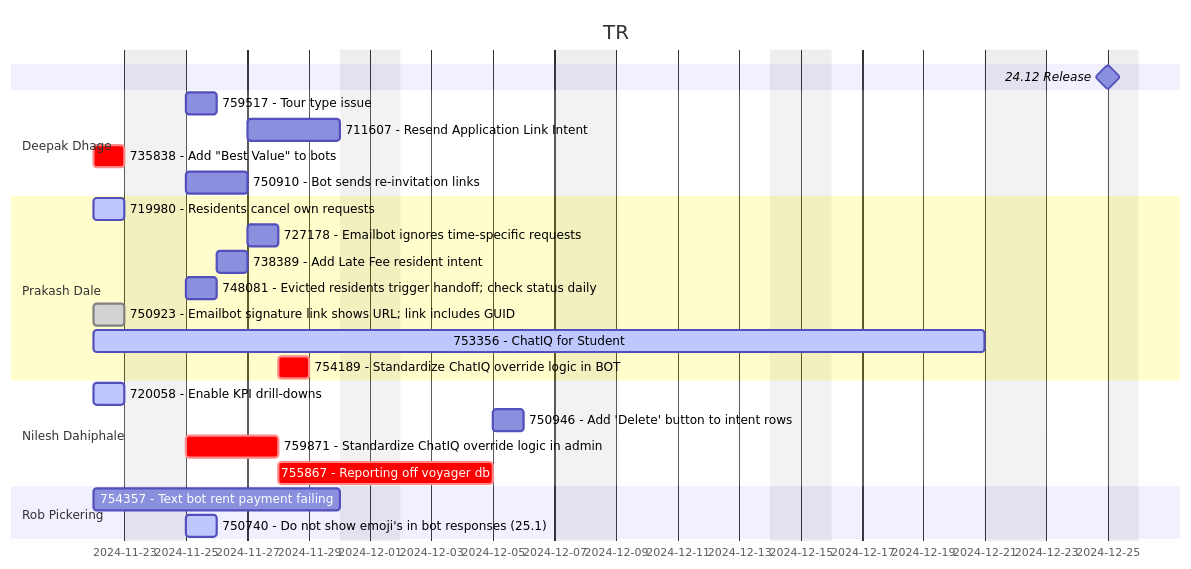
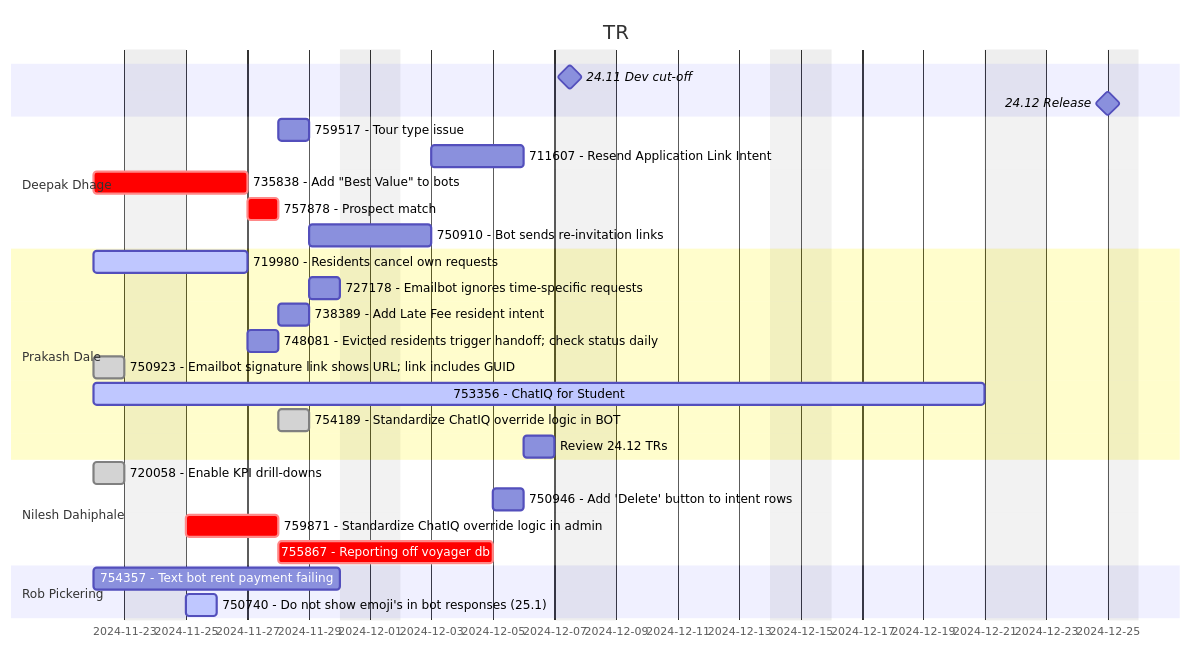
One commit to prakash-dale/prakash-dale.github.io changed the first of 4 diagrams in README.md. Above: the diagram before and after it, drawn with Mermaid. The commit also changed other lines of this file and 6 other files, not shown here.

````diff
--- a/README.md
+++ b/README.md
@@ -5,29 +5,32 @@
 ```mermaid
 gantt
     title TR
     dateFormat MMM-DD
     tickInterval 1d
     excludes weekends, 2024-12-25
-    24.12 Release: milestone, 24.12 Release, Dec-24, 1d
+    24.11 Dev cut-off: milestone, 24.11 Dev cut-off, Dec-06, 1d
+    24.12 Release: milestone, 24.12 Release, Dec-24, 1d    
     section Deepak Dhage
-        759517 - Tour type issue                                            : 759517, Nov-25, 1d       
+        759517 - Tour type issue                                            : 759517, after 757878, 1d       
         711607 - Resend Application Link Intent                             : 711607, after 750910, 3d
-        735838 - Add "Best Value" to bots                                   : crit, 735838, Nov-22, 1d
-        750910 - Bot sends re-invitation links                              : 750910, after 735838, 2d        
+        735838 - Add "Best Value" to bots                                   : crit, 735838, Nov-22, 3d
+        757878 - Prospect match                                             : crit, 757878, after 735838, 1d
+        750910 - Bot sends re-invitation links                              : 750910, after 759517, 2d        
     section Prakash Dale
-        719980 - Residents cancel own requests                              : active, 719980, Nov-22, 1d
+        719980 - Residents cancel own requests                              : active, 719980, Nov-22, 3d
         727178 - Emailbot ignores time-specific requests                    : 717178, after 738389, 1d
         738389 - Add Late Fee resident intent                               : 738389, after 748081, 1d
         748081 - Evicted residents trigger handoff; check status daily      : 748081, after 719980, 1d
         750923 - Emailbot signature link shows URL; link includes GUID      : done, 750923, Nov-22, 1d
         753356 - ChatIQ for Student                                         : active, 753356, Nov-22, 21d
-        754189 - Standardize ChatIQ override logic in BOT                   : crit, after 759871, 1d
+        754189 - Standardize ChatIQ override logic in BOT                   : done, after 759871, 1d
+        Review 24.12 TRs                                                    : 24.11Dev, Dec-06, 1d
     section Nilesh Dahiphale
-        720058 - Enable KPI drill-downs                                     : active, 720058, Nov-22, 1d
+        720058 - Enable KPI drill-downs                                     : done, 720058, Nov-22, 1d
         750946 - Add 'Delete' button to intent rows                         : 750946, after 755867, 1d
         759871 - Standardize ChatIQ override logic in admin                 : crit, 759871, after 720058, 3d
         755867 - Reporting off voyager db                                   : crit, 755867, after 759871, 5d
     section Rob Pickering
         754357 - Text bot rent payment failing: 754357, Nov-22, 6d
         750740 - Do not show emoji's in bot responses (25.1)                : active, 750740, Nov-25, 1d
 ```
````
